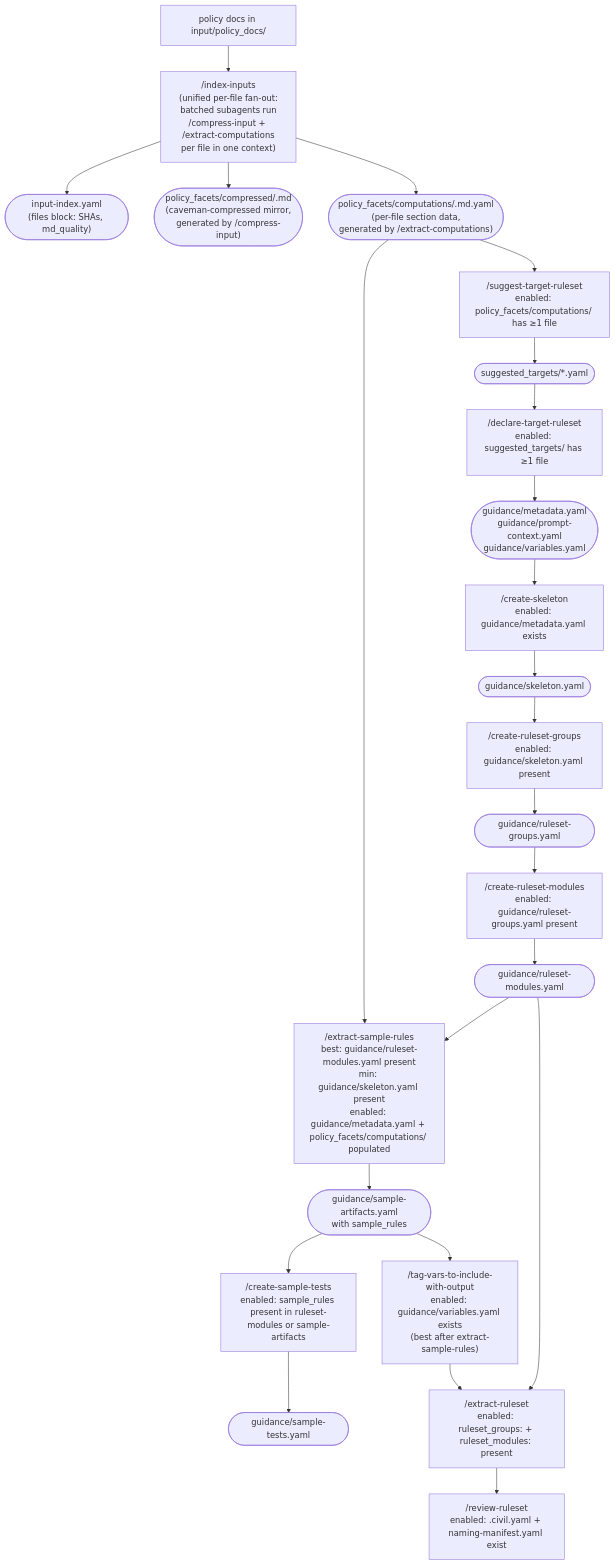
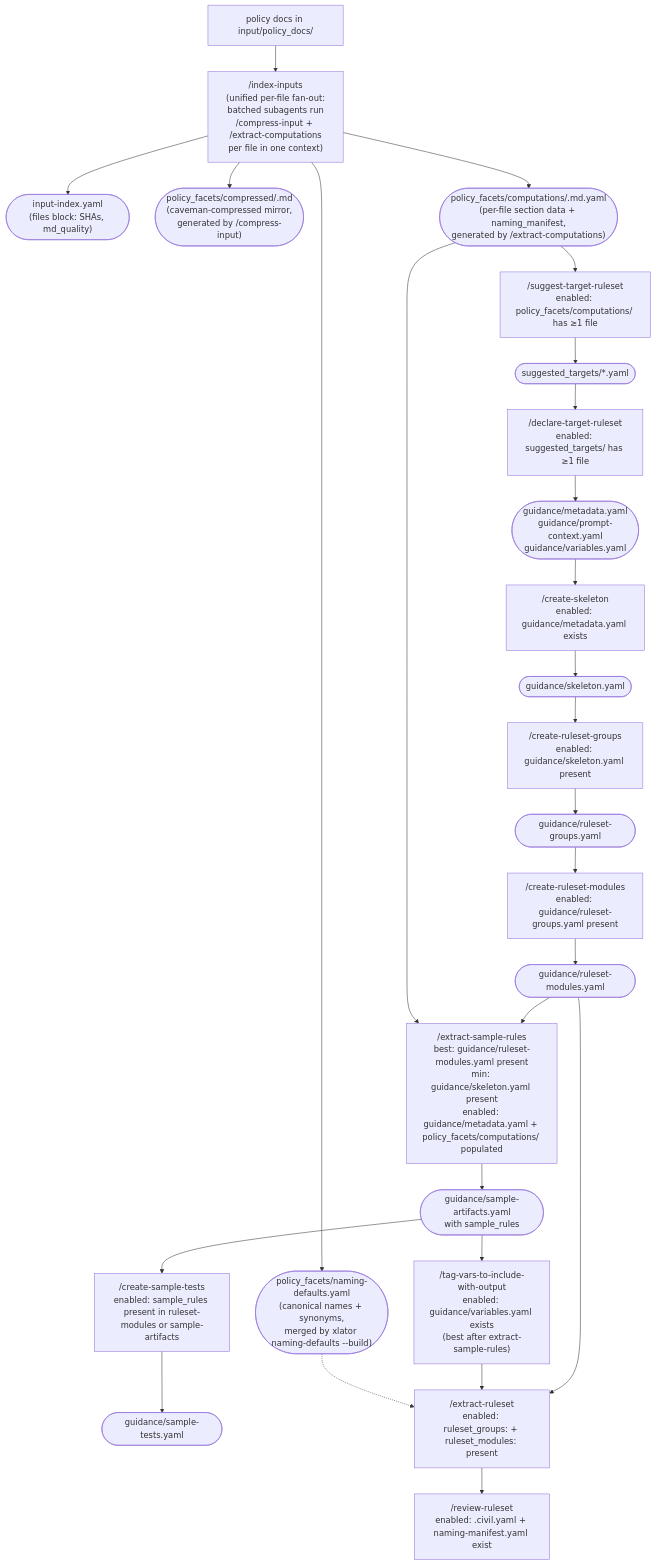
Before and after one commit to navapbc/lockpicks-xlator-plugin: the diagram in xl-plugin/CLAUDE.md, drawn with Mermaid. The commit also changed other lines of this file and 2 other files, not shown here.

Commit message:
feat(naming-defaults): docs + plugin 5.0.0 (U8)
xl-plugin/CLAUDE.md "Index path keys vs content reads" now describes the
per-file YAML map shape ({naming_manifest, sections}) and adds a
"Cross-file naming consistency" paragraph documenting the three-level
authority chain (specs → defaults → static guide), the merge tool, and the
no-copy-back guarantee via original_name: anchors. The skill dependency
mermaid adds an IDX_NAMING node fed by /index-inputs and consumed (dashed)
by /extract-ruleset.

README-dev.md Architecture Notes appends a v5.0.0 bullet covering the
per-file shape break, the new finalize step, the authority chain, and the
no-migration policy (re-run /index-inputs to regenerate).

Plugin version bumps 4.2.2 → 5.0.0 — MAJOR because every consumer skill
that reads policy_facets/computations/<rel>.md.yaml sees a new top-level
shape (map vs list).

````diff
--- a/xl-plugin/CLAUDE.md
+++ b/xl-plugin/CLAUDE.md
@@ -88,46 +90,49 @@
 ```mermaid
 flowchart TD
     DOCS["policy docs in input/policy_docs/"]
     IDX_CMD["/index-inputs\n(unified per-file fan-out:\nbatched subagents run\n/compress-input + /extract-computations\nper file in one context)"]
     IDX_META(["input-index.yaml\n(files block: SHAs, md_quality)"])
     IDX_COMPRESSED(["policy_facets/compressed/<rel>.md\n(caveman-compressed mirror,\ngenerated by /compress-input)"])
-    IDX_COMPS(["policy_facets/computations/<rel>.md.yaml\n(per-file section data,\ngenerated by /extract-computations)"])
+    IDX_COMPS(["policy_facets/computations/<rel>.md.yaml\n(per-file section data + naming_manifest,\ngenerated by /extract-computations)"])
+    IDX_NAMING(["policy_facets/naming-defaults.yaml\n(canonical names + synonyms,\nmerged by xlator naming-defaults --build)"])
 
     DOCS --> IDX_CMD --> IDX_META
     IDX_CMD --> IDX_COMPRESSED
     IDX_CMD --> IDX_COMPS
+    IDX_CMD --> IDX_NAMING
 
     SUG["/suggest-target-ruleset\nenabled: policy_facets/computations/ has ≥1 file"]
     SUG_F(["suggested_targets/*.yaml"])
     DECL["/declare-target-ruleset\nenabled: suggested_targets/ has ≥1 file"]
     GY(["guidance/metadata.yaml\nguidance/prompt-context.yaml\nguidance/variables.yaml"])
 
     IDX_COMPS --> SUG --> SUG_F --> DECL --> GY
 
     SKEL["/create-skeleton\nenabled: guidance/metadata.yaml exists"]
     GY_SKEL(["guidance/skeleton.yaml"])
     GROUPS["/create-ruleset-groups\nenabled: guidance/skeleton.yaml present"]
     GY_GROUPS(["guidance/ruleset-groups.yaml"])
     MODS["/create-ruleset-modules\nenabled: guidance/ruleset-groups.yaml present"]
 
     GY --> SKEL --> GY_SKEL --> GROUPS --> GY_GROUPS --> MODS
 
     GY_MODS(["guidance/ruleset-modules.yaml"])
     SAMPLERULES["/extract-sample-rules\nbest: guidance/ruleset-modules.yaml present\nmin: guidance/skeleton.yaml present\nenabled: guidance/metadata.yaml + policy_facets/computations/ populated"]
     GY_RULES(["guidance/sample-artifacts.yaml\nwith sample_rules"])
     TAGVARS["/tag-vars-to-include-with-output\nenabled: guidance/variables.yaml exists\n(best after extract-sample-rules)"]
     SAMPLETESTS["/create-sample-tests\nenabled: sample_rules present in ruleset-modules or sample-artifacts"]
     GY_SAMPLETESTS(["guidance/sample-tests.yaml"])
 
     MODS --> GY_MODS --> SAMPLERULES
     IDX_COMPS --> SAMPLERULES
     SAMPLERULES --> GY_RULES --> TAGVARS
     GY_RULES --> SAMPLETESTS --> GY_SAMPLETESTS
 
     EXTRACT["/extract-ruleset\nenabled: ruleset_groups: + ruleset_modules: present"]
     REVIEW["/review-ruleset\nenabled: <program>.civil.yaml + naming-manifest.yaml exist"]
 
     GY_MODS --> EXTRACT
     TAGVARS --> EXTRACT
+    IDX_NAMING -.-> EXTRACT
     EXTRACT --> REVIEW
 ```
````
